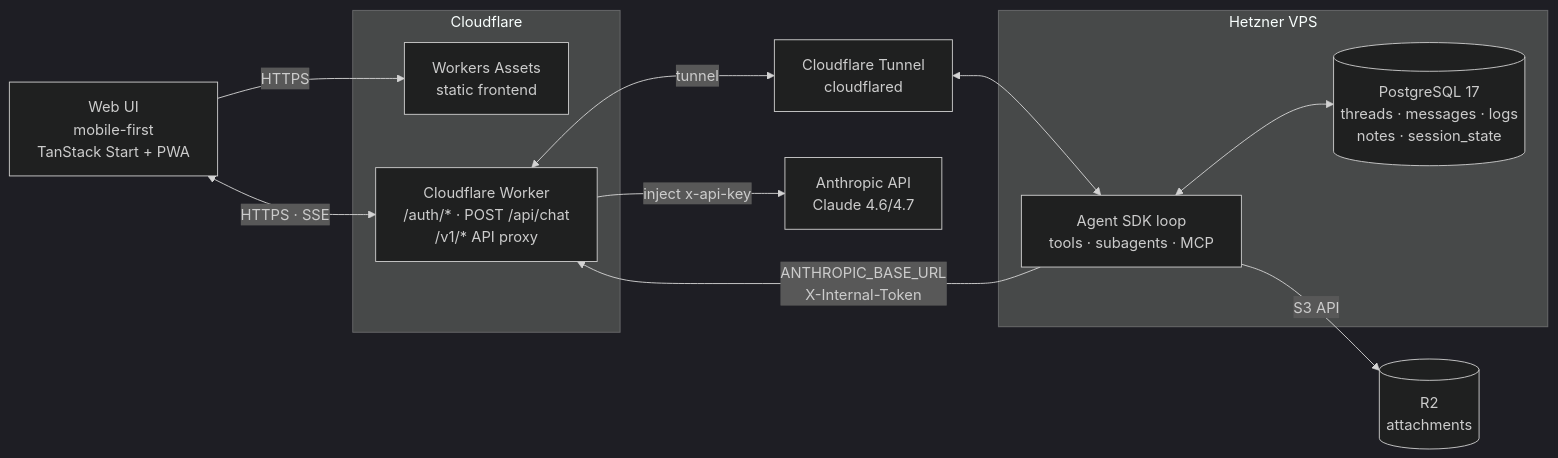
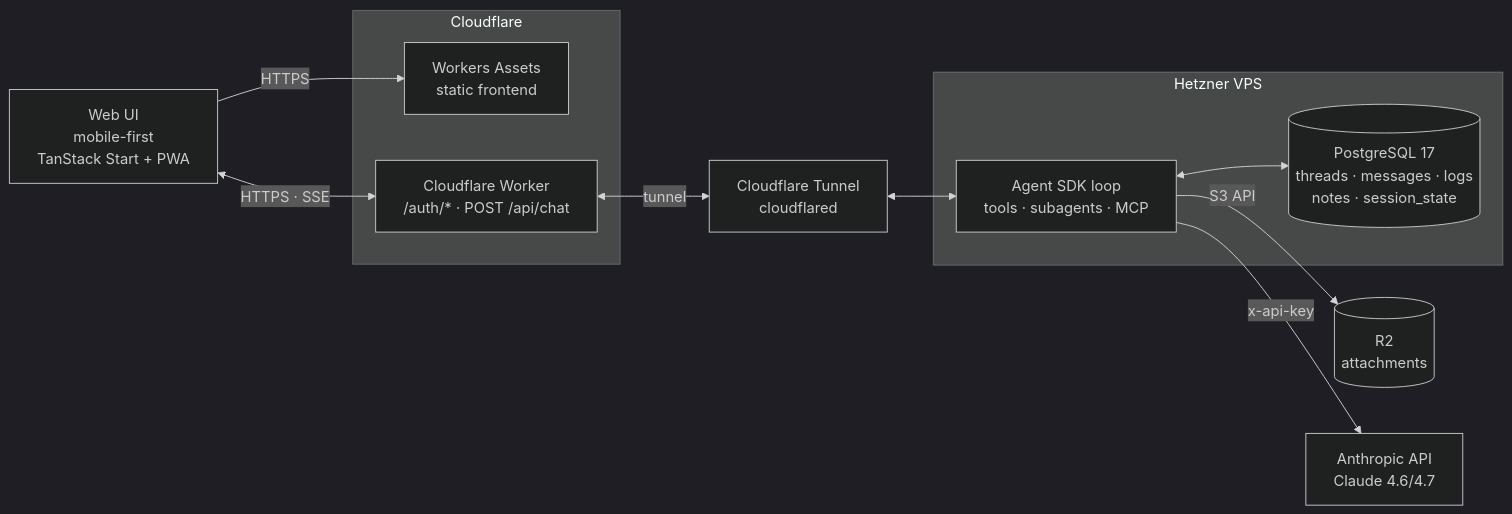
One commit to abdihashii/anthropic-agent-sdk-practice changed the second of 6 diagrams in spec.md. Above: the diagram before and after it, drawn with Mermaid (dark theme). The commit also changed other lines of this file and 1 other file, not shown here.

````diff
--- a/spec.md
+++ b/spec.md
@@ -49,30 +49,29 @@
 ```mermaid
 flowchart LR
     UI[Web UI<br/>mobile-first<br/>TanStack Start + PWA]
     Assets[Workers Assets<br/>static frontend]
-    Worker[Cloudflare Worker<br/>/auth/* · POST /api/chat<br/>/v1/* API proxy]
+    Worker[Cloudflare Worker<br/>/auth/* · POST /api/chat]
     Tunnel[Cloudflare Tunnel<br/>cloudflared]
     SDK[Agent SDK loop<br/>tools · subagents · MCP]
     PG[(PostgreSQL 17<br/>threads · messages · logs<br/>notes · session_state)]
     R2[(R2<br/>attachments)]
     Anthropic[Anthropic API<br/>Claude 4.6/4.7]
 
     subgraph CF[Cloudflare]
         Assets
         Worker
     end
 
     subgraph VPS[Hetzner VPS]
         SDK
         PG
     end
 
     UI -->|HTTPS| Assets
     UI <-->|HTTPS · SSE| Worker
     Worker <-->|tunnel| Tunnel
     Tunnel <--> SDK
     SDK <--> PG
     SDK -->|S3 API| R2
-    SDK -->|ANTHROPIC_BASE_URL<br/>X-Internal-Token| Worker
-    Worker -->|inject x-api-key| Anthropic
+    SDK -->|x-api-key| Anthropic
 ```
````
